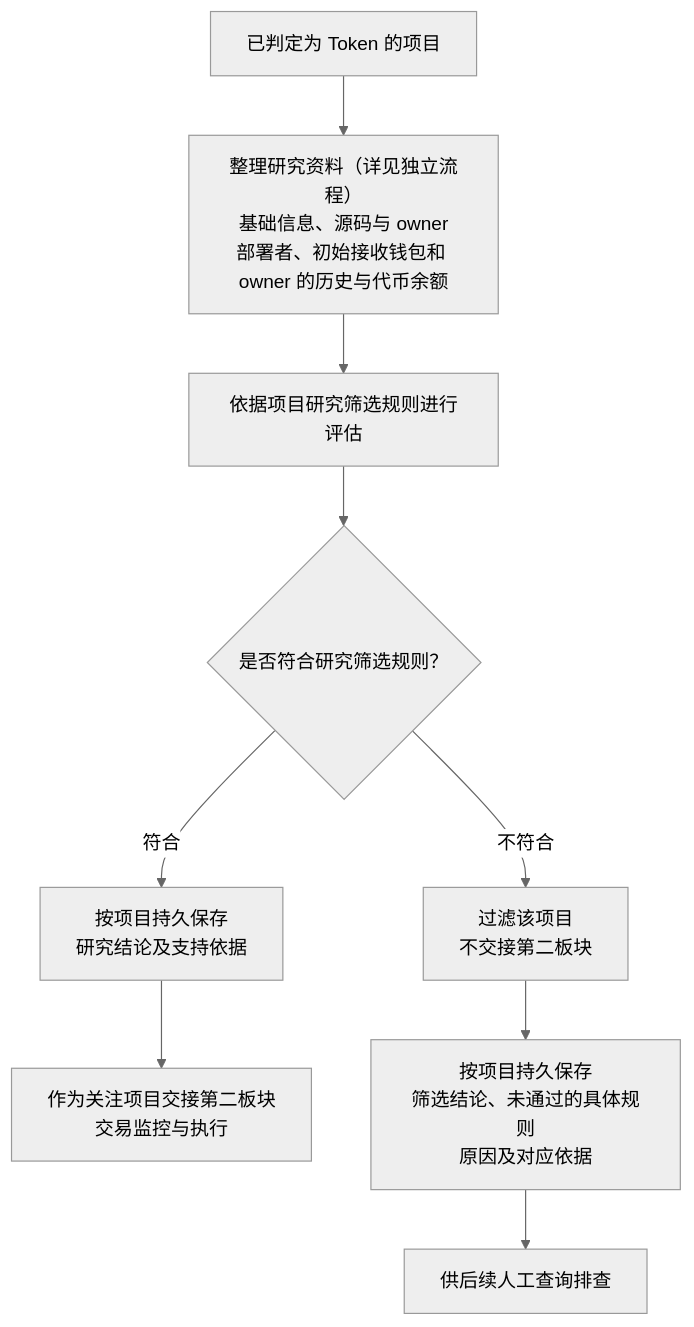
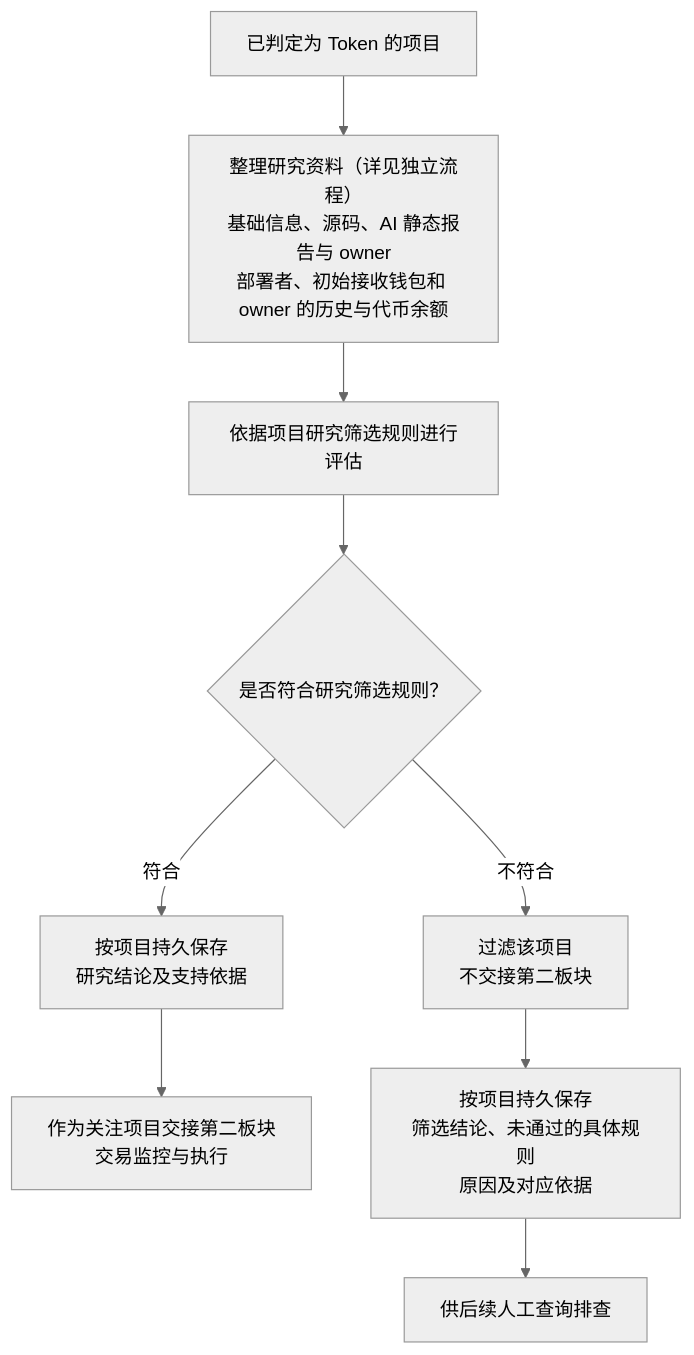
Before and after one commit to useryege/athena-o: the diagram in docs/project/token-research-flow.md, drawn with Mermaid (neutral theme). The commit also changed other lines of this file and 5 other files, not shown here.

````diff
--- a/docs/project/token-research-flow.md
+++ b/docs/project/token-research-flow.md
@@ -11,11 +11,11 @@
 ```mermaid
 flowchart TD
-    token["已判定为 Token 的项目"] --> materials["整理研究资料（详见独立流程）<br/>基础信息、源码与 owner<br/>部署者、初始接收钱包和 owner 的历史与代币余额"]
+    token["已判定为 Token 的项目"] --> materials["整理研究资料（详见独立流程）<br/>基础信息、源码、AI 静态报告与 owner<br/>部署者、初始接收钱包和 owner 的历史与代币余额"]
     materials --> research["依据项目研究筛选规则进行评估"]
     research --> decision{"是否符合研究筛选规则？"}
     decision -->|"符合"| accepted["按项目持久保存<br/>研究结论及支持依据"]
     accepted --> handoff["作为关注项目交接第二板块<br/>交易监控与执行"]
     decision -->|"不符合"| excluded["过滤该项目<br/>不交接第二板块"]
     excluded --> reasons["按项目持久保存<br/>筛选结论、未通过的具体规则<br/>原因及对应依据"]
     reasons --> inspect["供后续人工查询排查"]
 ```
````
